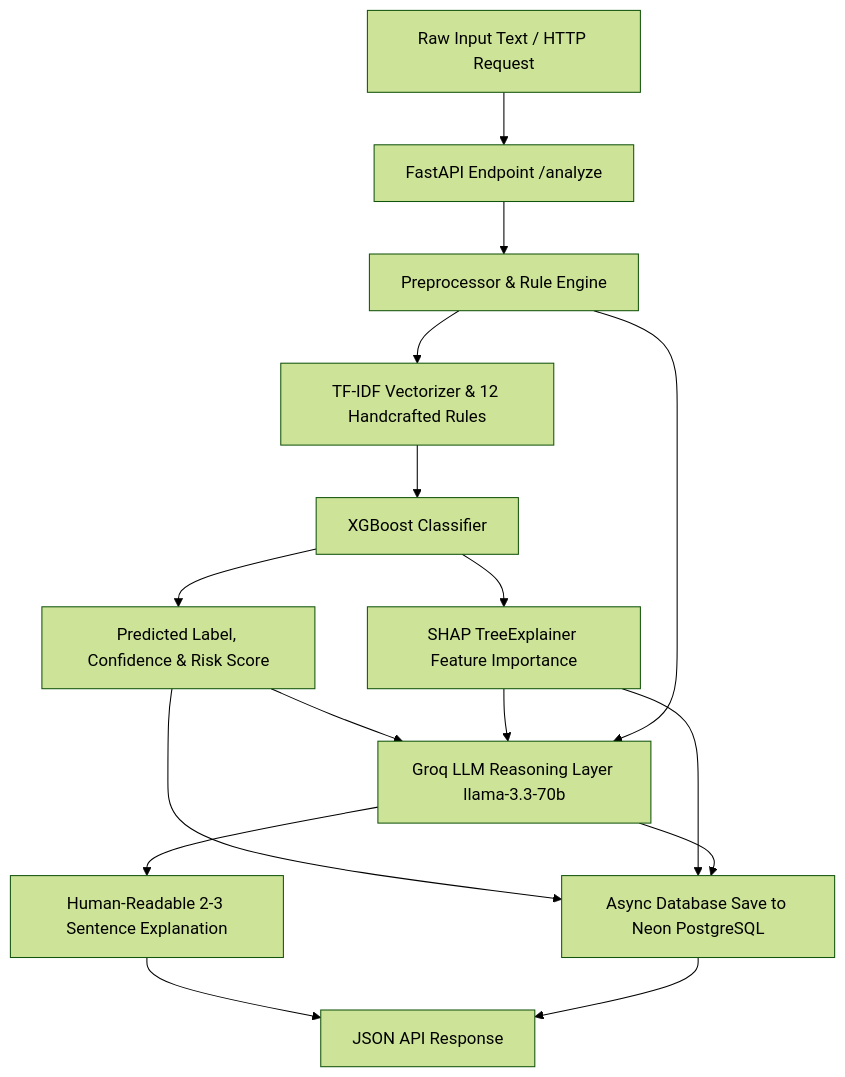
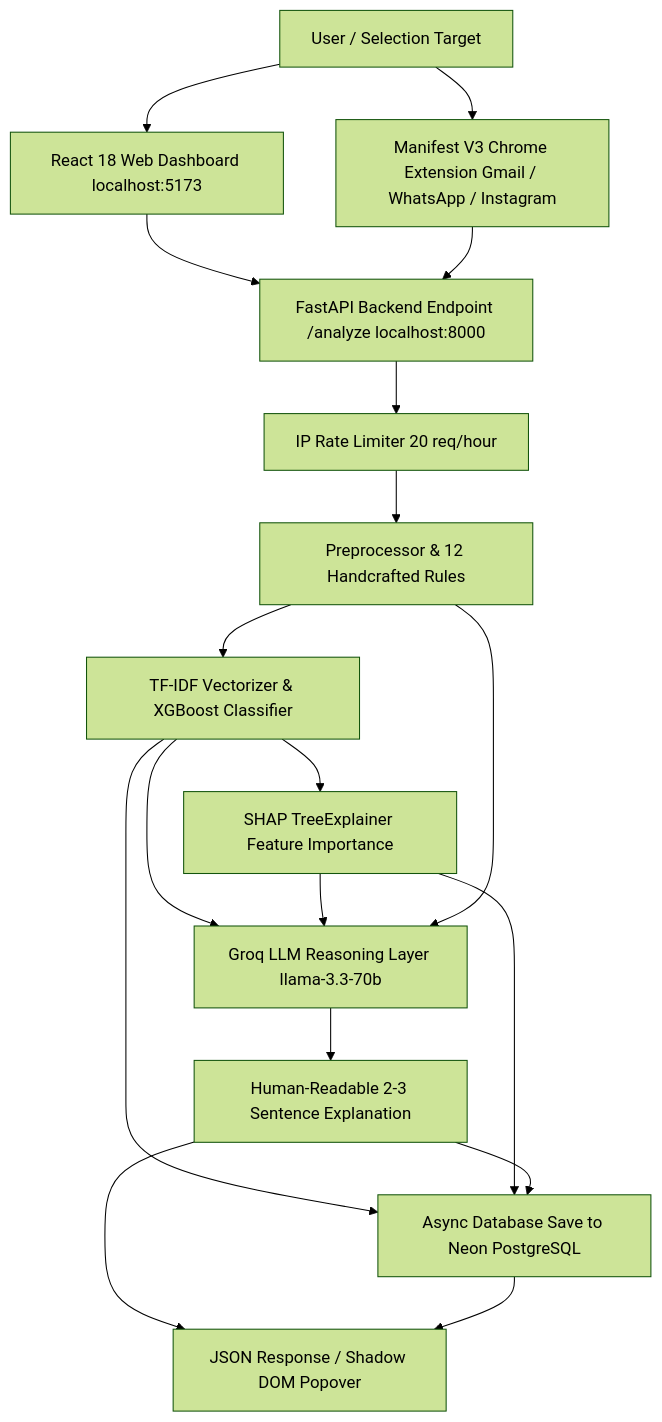
One commit to Vijajraj/AI-Driven-Social-Engineering-Detection changed the diagram in README.md. Above: the diagram before and after it, drawn with Mermaid (forest theme). The commit also changed other lines of this file, not shown here.

Commit message:
Update README.md with React Dashboard, Chrome Extension, Rate Limiting, and localhost commands

````diff
--- a/README.md
+++ b/README.md
@@ -11,13 +11,14 @@
 ```mermaid
 graph TD
-    A[Raw Input Text / HTTP Request] --> B[FastAPI Endpoint /analyze]
-    B --> C[Preprocessor & Rule Engine]
-    C --> D[TF-IDF Vectorizer & 12 Handcrafted Rules]
-    D --> E[XGBoost Classifier]
-    E --> F[Predicted Label, Confidence & Risk Score]
-    E --> G[SHAP TreeExplainer Feature Importance]
-    F & G & C --> H[Groq LLM Reasoning Layer llama-3.3-70b]
-    H --> I[Human-Readable 2-3 Sentence Explanation]
-    F & G & H --> J[Async Database Save to Neon PostgreSQL]
-    I & J --> K[JSON API Response]
+    User[User / Selection Target] --> Web[React 18 Web Dashboard localhost:5173]
+    User --> Ext[Manifest V3 Chrome Extension Gmail / WhatsApp / Instagram]
+    Web & Ext --> API[FastAPI Backend Endpoint /analyze localhost:8000]
+    API --> RateLimit[IP Rate Limiter 20 req/hour]
+    RateLimit --> Pre[Preprocessor & 12 Handcrafted Rules]
+    Pre --> ML[TF-IDF Vectorizer & XGBoost Classifier]
+    ML --> SHAP[SHAP TreeExplainer Feature Importance]
+    ML & SHAP & Pre --> Groq[Groq LLM Reasoning Layer llama-3.3-70b]
+    Groq --> Explanation[Human-Readable 2-3 Sentence Explanation]
+    ML & SHAP & Explanation --> Neon[Async Database Save to Neon PostgreSQL]
+    Explanation & Neon --> Response[JSON Response / Shadow DOM Popover]
 ```
````
